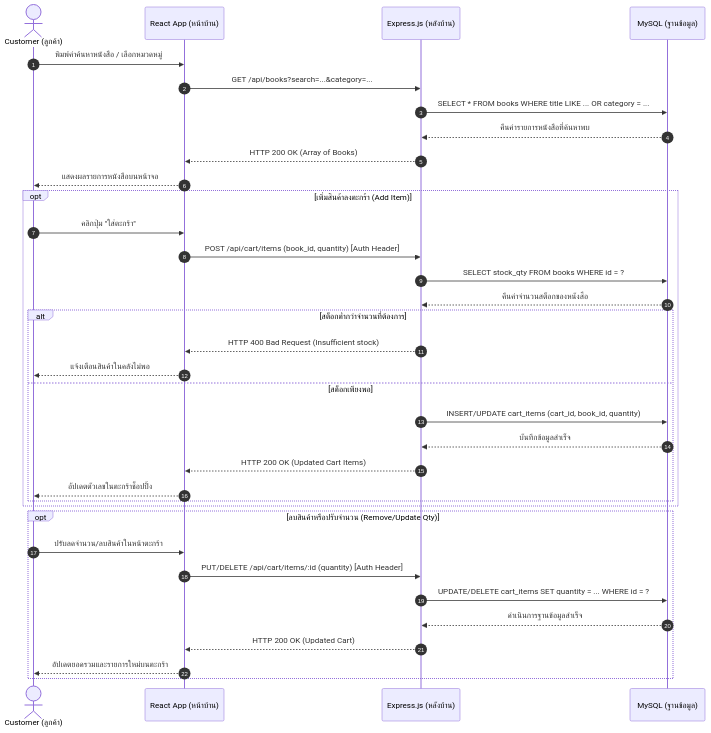
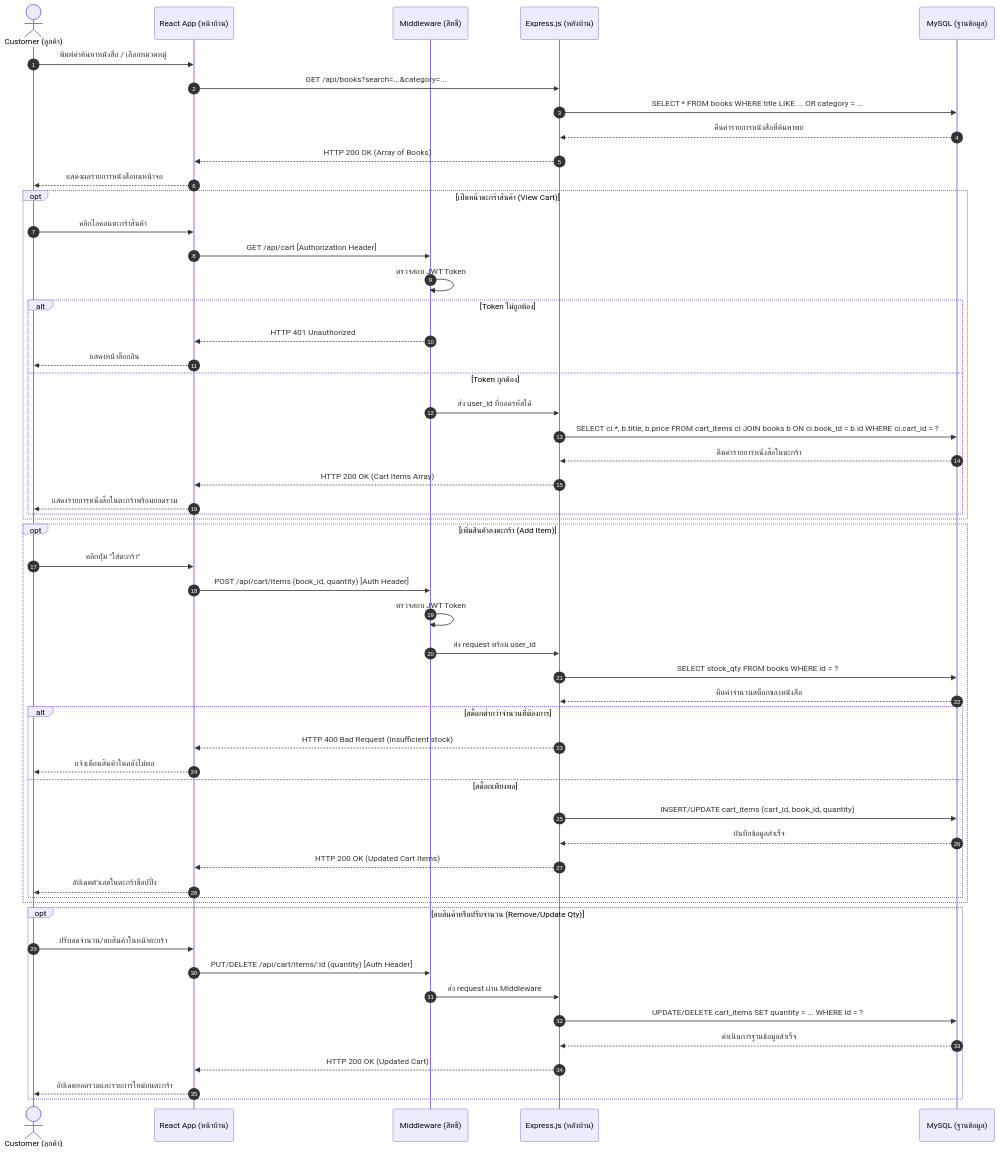
One commit to SupvichSpuGM/online-bookstore changed the fourth of 13 diagrams in Diagram.md. Above: the diagram before and after it, drawn with Mermaid. The commit also changed other lines of this file and 1 other file, not shown here.

````diff
--- a/Diagram.md
+++ b/Diagram.md
@@ -245,40 +284,60 @@
 ```mermaid
 sequenceDiagram
     autonumber
     actor Customer as Customer (ลูกค้า)
     participant Client as React App (หน้าบ้าน)
+    participant AuthMW as Middleware (สิทธิ์)
     participant API as Express.js (หลังบ้าน)
     participant DB as MySQL (ฐานข้อมูล)
 
     Customer->>Client: พิมพ์คำค้นหาหนังสือ / เลือกหมวดหมู่
     Client->>API: GET /api/books?search=...&category=...
     API->>DB: SELECT * FROM books WHERE title LIKE ... OR category = ...
     DB-->>API: คืนค่ารายการหนังสือที่ค้นหาพบ
     API-->>Client: HTTP 200 OK (Array of Books)
     Client-->>Customer: แสดงผลรายการหนังสือบนหน้าจอ
 
+    opt เปิดหน้าตะกร้าสินค้า (View Cart)
+        Customer->>Client: คลิกไอคอนตะกร้าสินค้า
+        Client->>AuthMW: GET /api/cart [Authorization Header]
+        AuthMW->>AuthMW: ตรวจสอบ JWT Token
+        alt Token ไม่ถูกต้อง
+            AuthMW-->>Client: HTTP 401 Unauthorized
+            Client-->>Customer: แสดงหน้าล็อกอิน
+        else Token ถูกต้อง
+            AuthMW->>API: ส่ง user_id ที่ถอดรหัสได้
+            API->>DB: SELECT ci.*, b.title, b.price FROM cart_items ci JOIN books b ON ci.book_id = b.id WHERE ci.cart_id = ?
+            DB-->>API: คืนค่ารายการหนังสือในตะกร้า
+            API-->>Client: HTTP 200 OK (Cart Items Array)
+            Client-->>Customer: แสดงรายการหนังสือในตะกร้าพร้อมยอดรวม
+        end
+    end
+
     opt เพิ่มสินค้าลงตะกร้า (Add Item)
         Customer->>Client: คลิกปุ่ม "ใส่ตะกร้า"
-        Client->>API: POST /api/cart/items (book_id, quantity) [Auth Header]
+        Client->>AuthMW: POST /api/cart/items (book_id, quantity) [Auth Header]
+        AuthMW->>AuthMW: ตรวจสอบ JWT Token
+        AuthMW->>API: ส่ง request พร้อม user_id
         API->>DB: SELECT stock_qty FROM books WHERE id = ?
         DB-->>API: คืนค่าจำนวนสต็อกของหนังสือ
         alt สต็อกต่ำกว่าจำนวนที่ต้องการ
             API-->>Client: HTTP 400 Bad Request (Insufficient stock)
             Client-->>Customer: แจ้งเตือนสินค้าในคลังไม่พอ
         else สต็อกเพียงพอ
             API->>DB: INSERT/UPDATE cart_items (cart_id, book_id, quantity)
             DB-->>API: บันทึกข้อมูลสำเร็จ
             API-->>Client: HTTP 200 OK (Updated Cart Items)
             Client-->>Customer: อัปเดตตัวเลขในตะกร้าช็อปปิ้ง
         end
     end
 
     opt ลบสินค้าหรือปรับจำนวน (Remove/Update Qty)
         Customer->>Client: ปรับลดจำนวน/ลบสินค้าในหน้าตะกร้า
-        Client->>API: PUT/DELETE /api/cart/items/:id (quantity) [Auth Header]
+        Client->>AuthMW: PUT/DELETE /api/cart/items/:id (quantity) [Auth Header]
+        AuthMW->>API: ส่ง request ผ่าน Middleware
         API->>DB: UPDATE/DELETE cart_items SET quantity = ... WHERE id = ?
         DB-->>API: ดำเนินการฐานข้อมูลสำเร็จ
         API-->>Client: HTTP 200 OK (Updated Cart)
         Client-->>Customer: อัปเดตยอดรวมและรายการใหม่บนตะกร้า
     end
 ```
````
